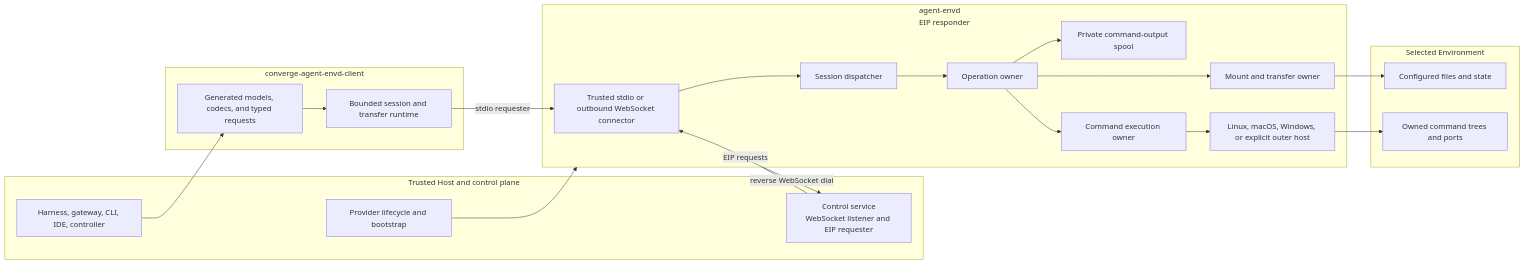
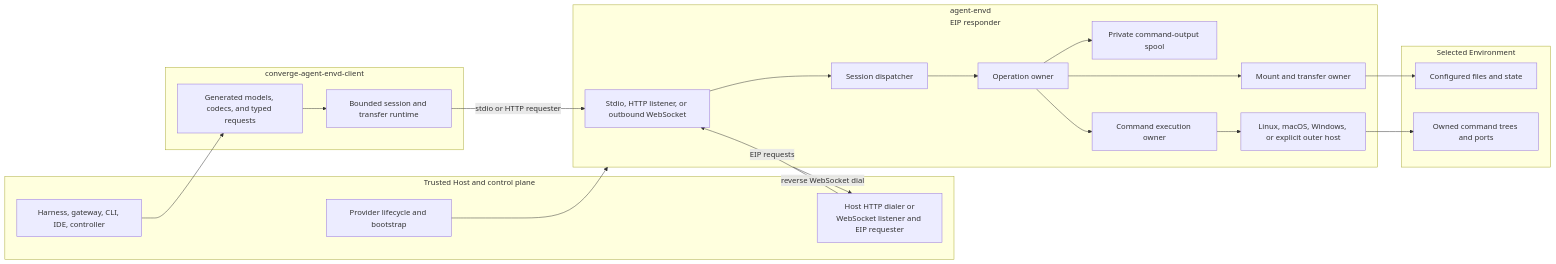
One commit to LTThreeComma/agent-foundation changed the first of 2 diagrams in spec/agent-envd/00-overview.md. Above: the diagram before and after it, drawn with Mermaid. The commit also changed other lines of this file and 86 other files, not shown here.

````diff
--- a/spec/agent-envd/00-overview.md
+++ b/spec/agent-envd/00-overview.md
@@ -15,38 +15,38 @@
 ```mermaid
 flowchart LR
     subgraph Host[Trusted Host and control plane]
         Provider[Provider lifecycle and bootstrap]
         Consumers[Harness, gateway, CLI, IDE, controller]
-        Control[Control service<br/>WebSocket listener and EIP requester]
+        Control[Host HTTP dialer or<br/>WebSocket listener and EIP requester]
     end
 
     subgraph Client[converge-agent-envd-client]
         Generated[Generated models, codecs, and typed requests]
         Runtime[Bounded session and transfer runtime]
     end
 
     subgraph Envd[agent-envd<br/>EIP responder]
-        Connector[Trusted stdio or outbound WebSocket connector]
+        Connector[Stdio, HTTP listener, or outbound WebSocket]
         Session[Session dispatcher]
         Operations[Operation owner]
         Resources[Mount and transfer owner]
         Output[Private command-output spool]
         Execution[Command execution owner]
         Isolation[Linux, macOS, Windows, or explicit outer host]
     end
 
     subgraph Native[Selected Environment]
         Files[Configured files and state]
         Processes[Owned command trees and ports]
     end
 
     Provider --> Envd
     Consumers --> Generated --> Runtime
-    Runtime -->|stdio requester| Connector
+    Runtime -->|stdio or HTTP requester| Connector
     Envd -->|reverse WebSocket dial| Control
     Control -->|EIP requests| Connector
     Connector --> Session --> Operations
     Operations --> Resources & Output & Execution
     Resources --> Files
     Execution --> Isolation --> Processes
 ```
````
